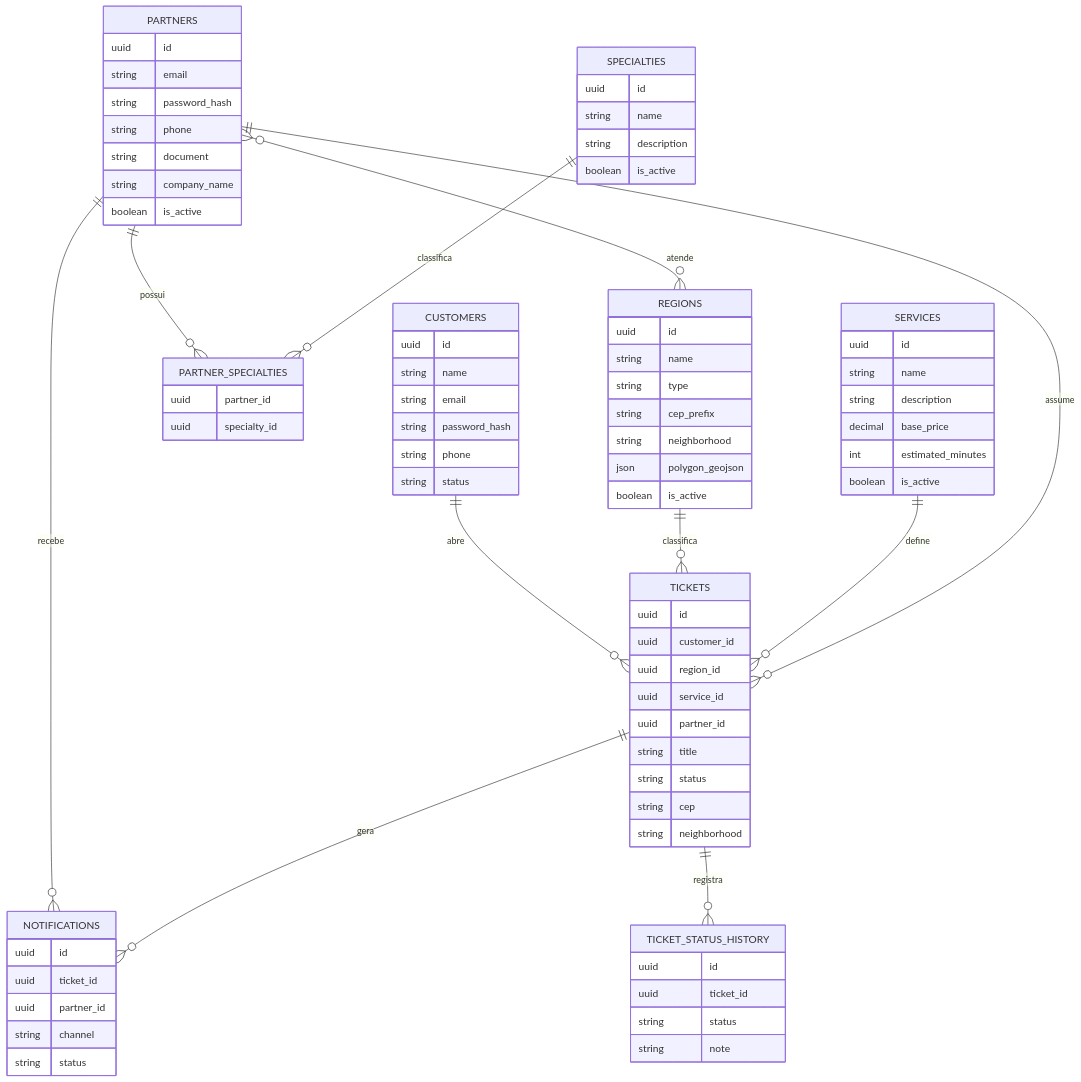
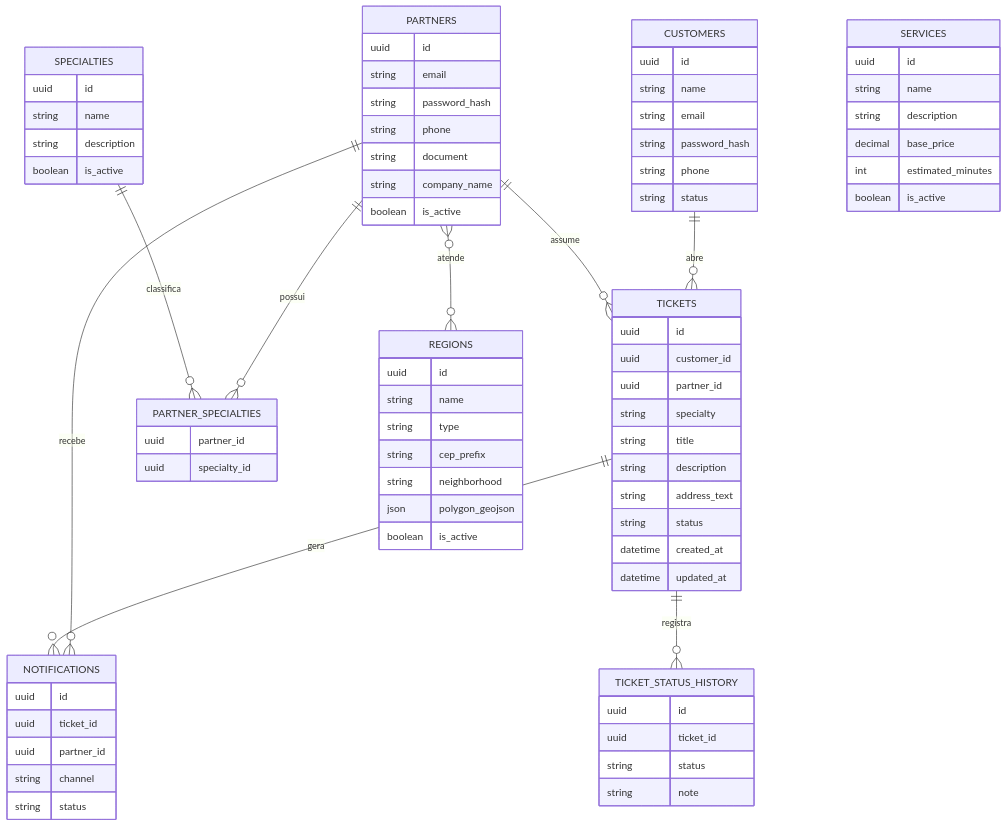
The third of 3 diagrams in Backend/docs/diagrams.md (FelipeVieir4/Projeto_LAMD_2026_1), drawn with Mermaid before and after one commit. The commit also changed 99 other files, not shown here.

```diff
--- a/Backend/docs/diagrams.md
+++ b/Backend/docs/diagrams.md
@@ -53,8 +53,6 @@
   PARTNERS ||--o{ PARTNER_SPECIALTIES : possui
   SPECIALTIES ||--o{ PARTNER_SPECIALTIES : classifica
   PARTNERS }o--o{ REGIONS : atende
-  REGIONS ||--o{ TICKETS : classifica
-  SERVICES ||--o{ TICKETS : define
   TICKETS ||--o{ TICKET_STATUS_HISTORY : registra
   TICKETS ||--o{ NOTIFICATIONS : gera
   PARTNERS ||--o{ TICKETS : assume
@@ -112,13 +110,14 @@
   TICKETS {
     uuid id
     uuid customer_id
-    uuid region_id
-    uuid service_id
     uuid partner_id
+    string specialty
     string title
+    string description
+    string address_text
     string status
-    string cep
-    string neighborhood
+    datetime created_at
+    datetime updated_at
   }
 
   TICKET_STATUS_HISTORY {
```
